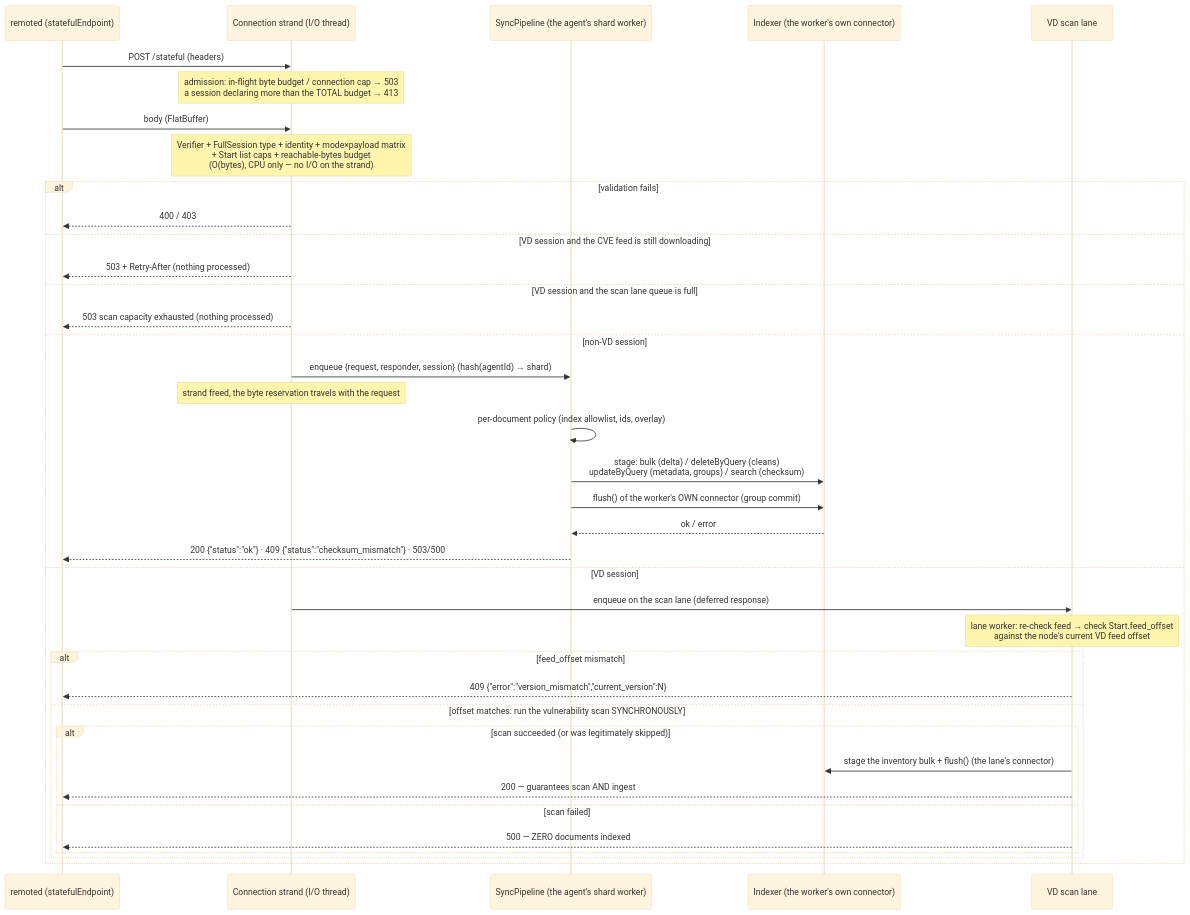
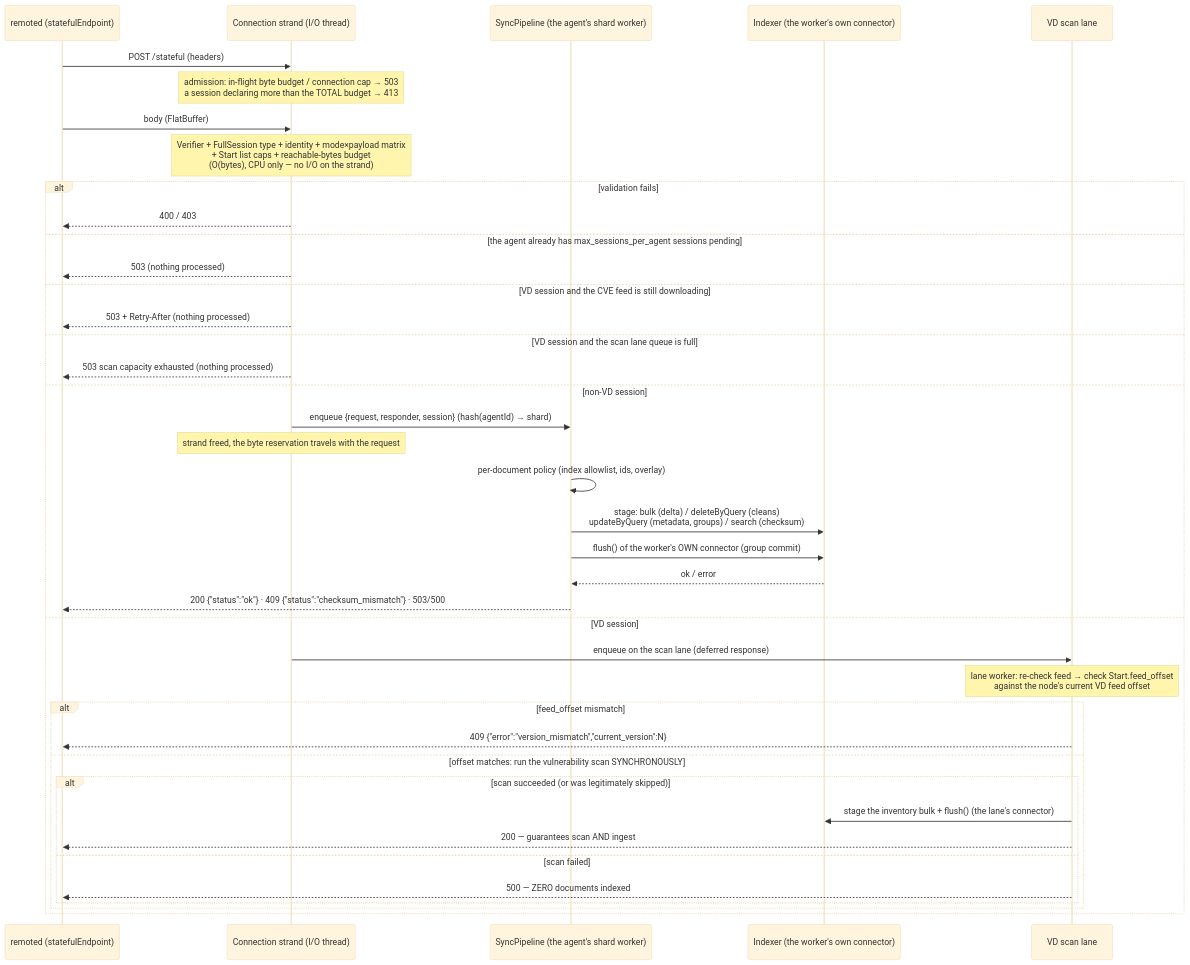
The second of 4 diagrams in docs/ref/modules/inventory-sync-server/architecture.md (wazuh/wazuh), drawn with Mermaid (base theme) before and after one commit. The commit also changed other lines of this file and 44 other files, not shown here.

````diff
--- a/docs/ref/modules/inventory-sync-server/architecture.md
+++ b/docs/ref/modules/inventory-sync-server/architecture.md
@@ -58,40 +58,42 @@
 ```mermaid
 sequenceDiagram
     participant R as remoted (statefulEndpoint)
     participant S as Connection strand (I/O thread)
     participant Q as SyncPipeline (the agent's shard worker)
     participant IDX as Indexer (the worker's own connector)
     participant VQ as VD scan lane
     R->>S: POST /stateful (headers)
     Note over S: admission: in-flight byte budget / connection cap → 503<br/>a session declaring more than the TOTAL budget → 413
     R->>S: body (FlatBuffer)
     Note over S: Verifier + FullSession type + identity + mode×payload matrix<br/>+ Start list caps + reachable-bytes budget<br/>(O(bytes), CPU only — no I/O on the strand)
     alt validation fails
         S-->>R: 400 / 403
+    else the agent already has max_sessions_per_agent sessions pending
+        S-->>R: 503 (nothing processed)
     else VD session and the CVE feed is still downloading
         S-->>R: 503 + Retry-After (nothing processed)
     else VD session and the scan lane queue is full
         S-->>R: 503 scan capacity exhausted (nothing processed)
     else non-VD session
         S->>Q: enqueue {request, responder, session} (hash(agentId) → shard)
         Note over S: strand freed, the byte reservation travels with the request
         Q->>Q: per-document policy (index allowlist, ids, overlay)
         Q->>IDX: stage: bulk (delta) / deleteByQuery (cleans)<br/>updateByQuery (metadata, groups) / search (checksum)
         Q->>IDX: flush() of the worker's OWN connector (group commit)
         IDX-->>Q: ok / error
         Q-->>R: 200 {"status":"ok"} · 409 {"status":"checksum_mismatch"} · 503/500
     else VD session
         S->>VQ: enqueue on the scan lane (deferred response)
         Note over VQ: lane worker: re-check feed → check Start.feed_offset<br/>against the node's current VD feed offset
         alt feed_offset mismatch
             VQ-->>R: 409 {"error":"version_mismatch","current_version":N}
         else offset matches: run the vulnerability scan SYNCHRONOUSLY
             alt scan succeeded (or was legitimately skipped)
                 VQ->>IDX: stage the inventory bulk + flush() (the lane's connector)
                 VQ-->>R: 200 — guarantees scan AND ingest
             else scan failed
                 VQ-->>R: 500 — ZERO documents indexed
             end
         end
     end
 ```
````
